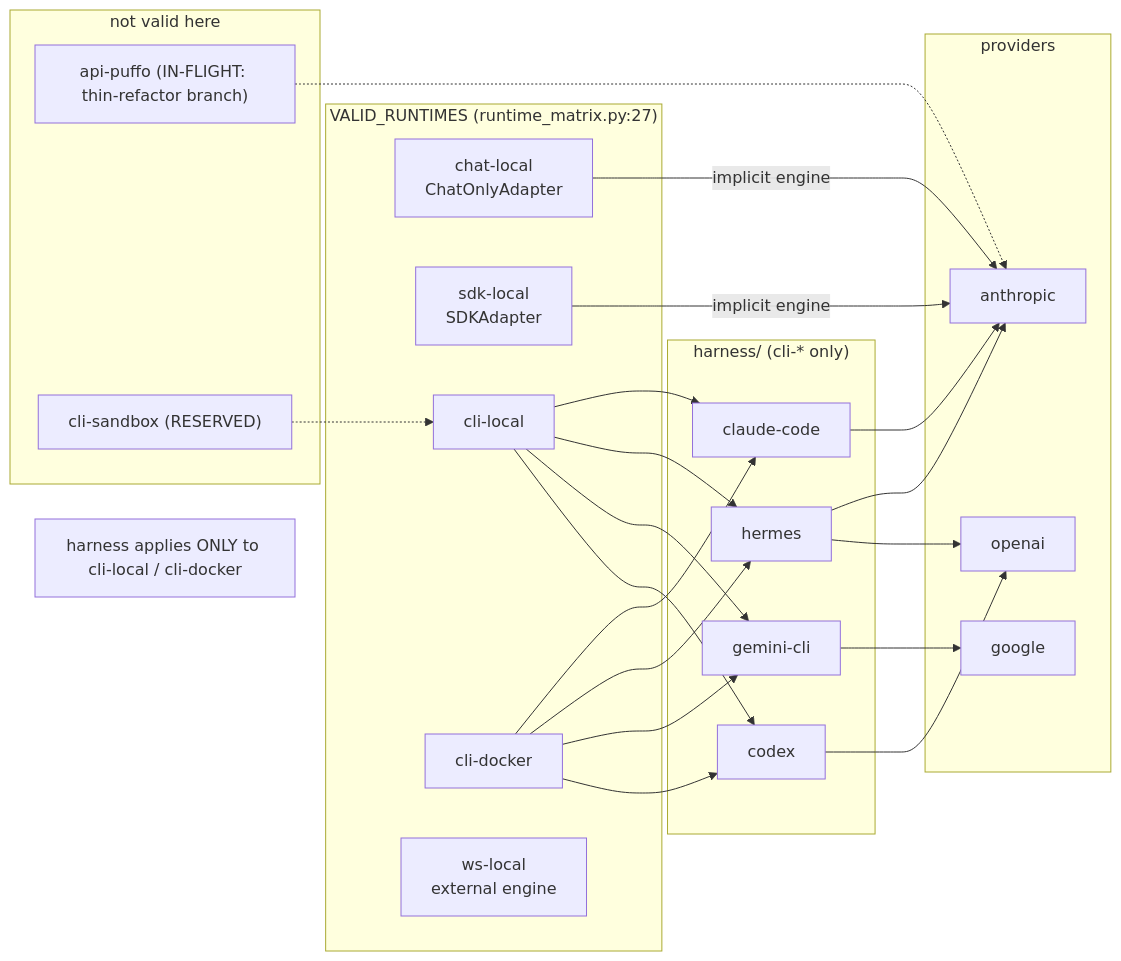
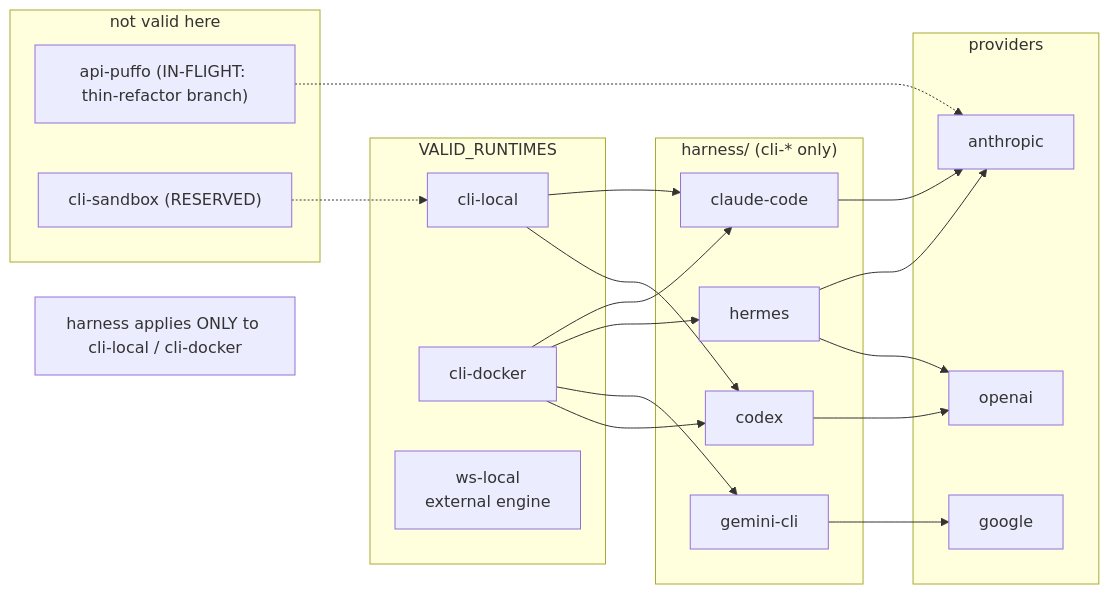
The second of 5 diagrams in docs/ARCHITECTURE.md (TZZheng/puffo-agent), drawn with Mermaid before and after one commit. The commit also changed other lines of this file and 201 other files, not shown here.

Commit message:
refactor(agent): consolidate Python runtime architecture

````diff
--- a/docs/ARCHITECTURE.md
+++ b/docs/ARCHITECTURE.md
@@ -336,50 +330,44 @@
 ```mermaid
 flowchart LR
     legendC["harness applies ONLY to cli-local / cli-docker"]
 
-    subgraph runtimes["VALID_RUNTIMES (runtime_matrix.py:27)"]
-        chat["chat-local<br/>ChatOnlyAdapter"]
-        sdk["sdk-local<br/>SDKAdapter"]
+    subgraph runtimes["VALID_RUNTIMES"]
         clil["cli-local"]
         clid["cli-docker"]
         wsl["ws-local<br/>external engine"]
     end
 
     subgraph reserved["not valid here"]
         apip["api-puffo (IN-FLIGHT: thin-refactor branch)"]
         clis["cli-sandbox (RESERVED)"]
     end
 
     subgraph harnesses["harness/ (cli-* only)"]
         cc["claude-code"]
         hm["hermes"]
         gm["gemini-cli"]
         cx["codex"]
     end
 
     subgraph providers["providers"]
         anth["anthropic"]
         oai["openai"]
         goog["google"]
     end
 
-    chat -->|"implicit engine"| anth
-    sdk -->|"implicit engine"| anth
     clil --> cc
-    clil --> hm
-    clil --> gm
     clil --> cx
     clid --> cc
     clid --> hm
     clid --> gm
     clid --> cx
 
     cc --> anth
     hm --> anth
     hm --> oai
     gm --> goog
     cx --> oai
 
     apip -.-> anth
     clis -.-> clil
 ```
````
